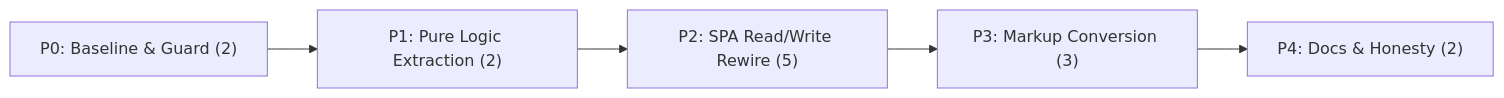
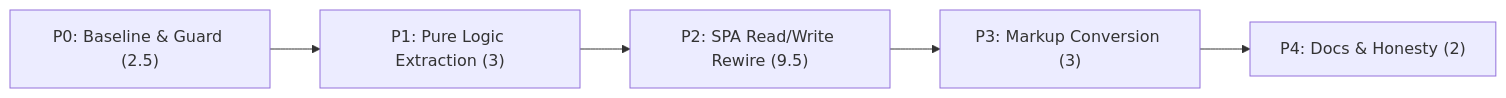
The diagram in docs/project_plans/implementation_plans/features/four-state-questionnaire-ui-v1.md (miethe/pediatric-anemia-site), drawn with Mermaid before and after one commit. The commit also changed other lines of this file and 4 other files, not shown here.

````diff
--- a/docs/project_plans/implementation_plans/features/four-state-questionnaire-ui-v1.md
+++ b/docs/project_plans/implementation_plans/features/four-state-questionnaire-ui-v1.md
@@ -167,7 +188,7 @@
 ```mermaid
 graph LR
-  P0["P0: Baseline & Guard (2)"] --> P1["P1: Pure Logic Extraction (2)"]
-  P1 --> P2["P2: SPA Read/Write Rewire (5)"]
+  P0["P0: Baseline & Guard (2.5)"] --> P1["P1: Pure Logic Extraction (3)"]
+  P1 --> P2["P2: SPA Read/Write Rewire (9.5)"]
   P2 --> P3["P3: Markup Conversion (3)"]
   P3 --> P4["P4: Docs & Honesty (2)"]
 ```
````
